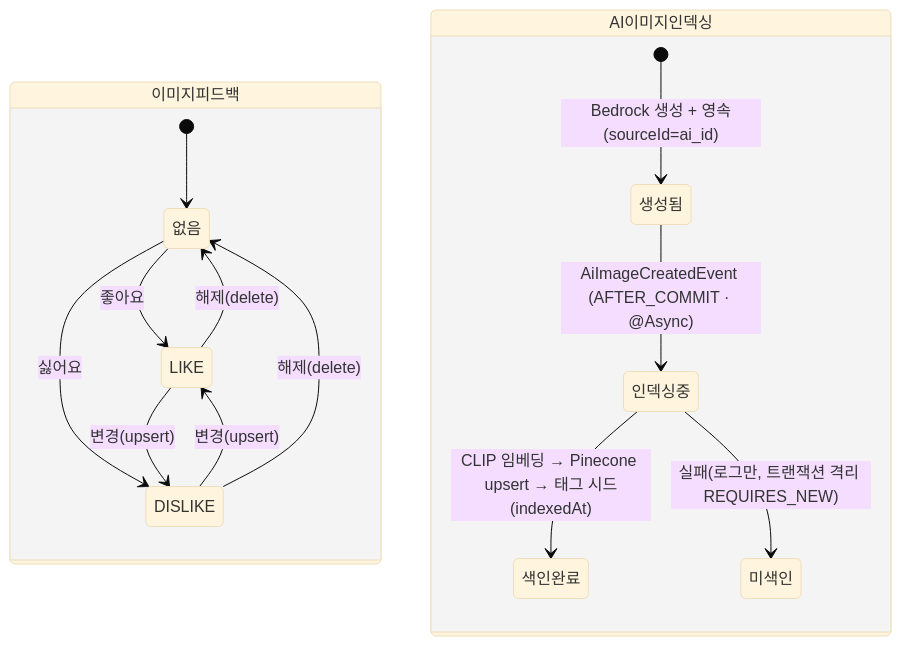
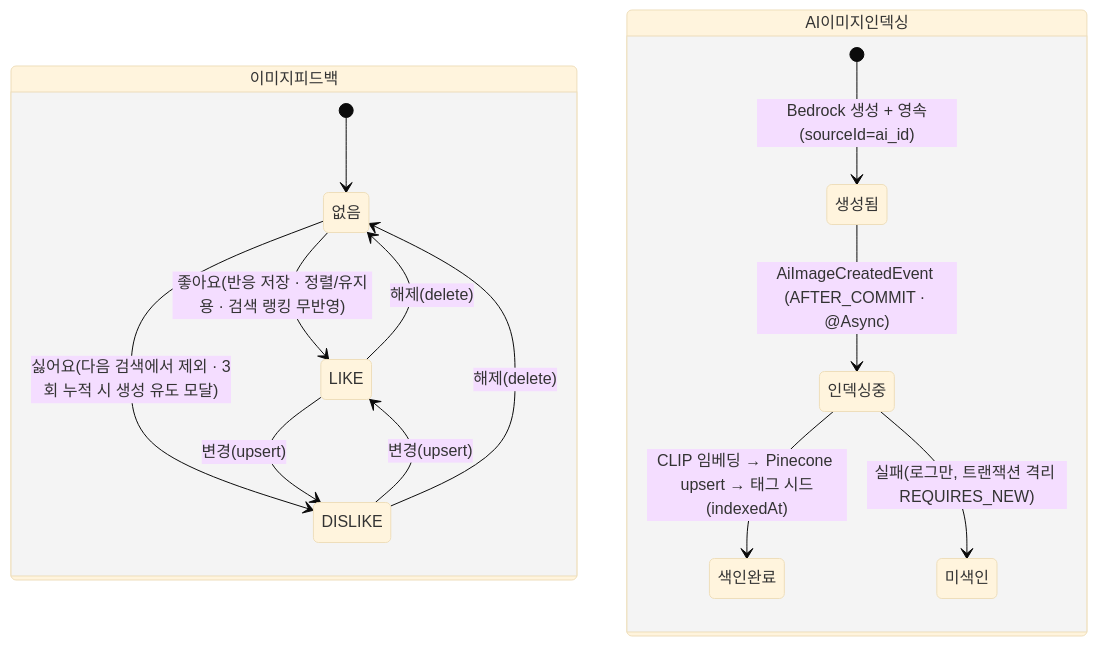
The seventh of 7 diagrams in docs/SDS/stateMachineDiagram.md (DraWeTeam/drawe), drawn with Mermaid (base theme) before and after one commit. The commit also changed other lines of this file and 18 other files, not shown here.

````diff
--- a/docs/SDS/stateMachineDiagram.md
+++ b/docs/SDS/stateMachineDiagram.md
@@ -160,19 +160,19 @@
 ```mermaid
 stateDiagram-v2
     state 이미지피드백 {
         [*] --> 없음
-        없음 --> LIKE : 좋아요
-        없음 --> DISLIKE : 싫어요
+        없음 --> LIKE : 좋아요(반응 저장 · 정렬/유지용 · 검색 랭킹 무반영)
+        없음 --> DISLIKE : 싫어요(다음 검색에서 제외 · 3회 누적 시 생성 유도 모달)
         LIKE --> DISLIKE : 변경(upsert)
         DISLIKE --> LIKE : 변경(upsert)
         LIKE --> 없음 : 해제(delete)
         DISLIKE --> 없음 : 해제(delete)
     }
 
     state AI이미지인덱싱 {
         [*] --> 생성됨 : Bedrock 생성 + 영속(sourceId=ai_id)
         생성됨 --> 인덱싱중 : AiImageCreatedEvent (AFTER_COMMIT · @Async)
         인덱싱중 --> 색인완료 : CLIP 임베딩 → Pinecone upsert → 태그 시드(indexedAt)
         인덱싱중 --> 미색인 : 실패(로그만, 트랜잭션 격리 REQUIRES_NEW)
     }
 ```
````
